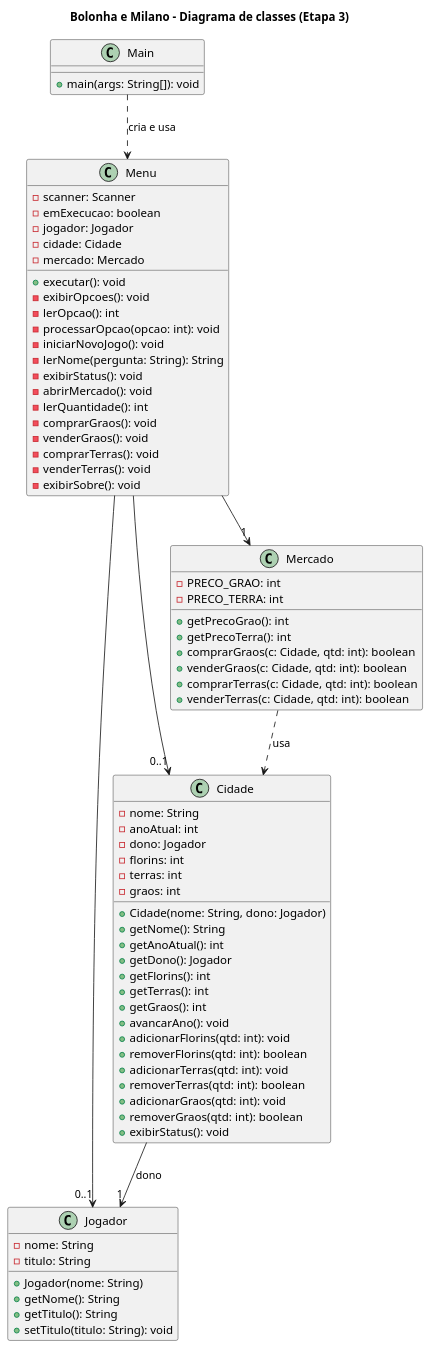
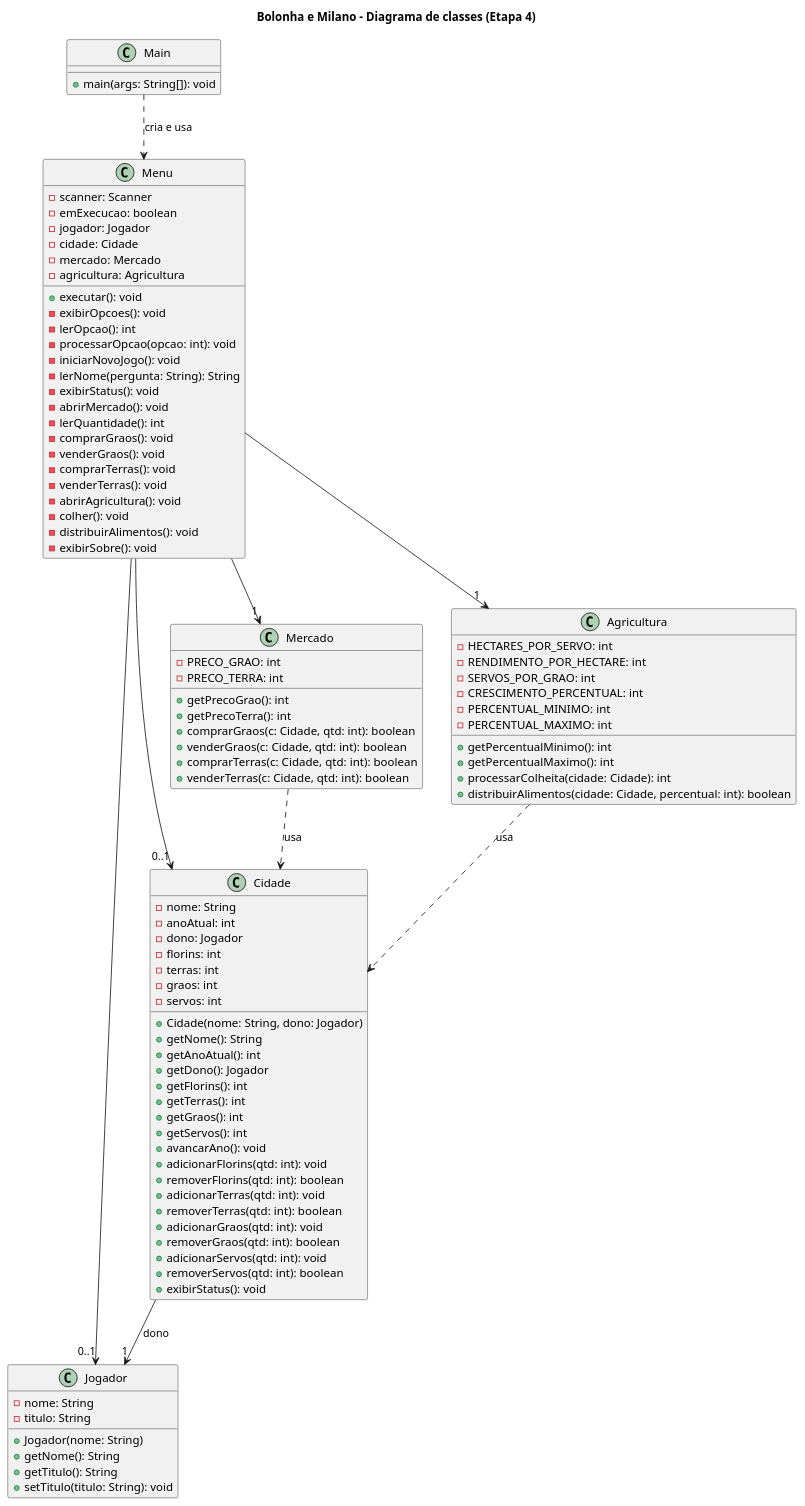
The diagram in diagrama-classes.puml (GabrieldasGracas/bolognaemilano), drawn with PlantUML before and after one commit. The commit also changed 5 other files, not shown here.

```diff
--- a/diagrama-classes.puml
+++ b/diagrama-classes.puml
@@ -1,80 +1,103 @@
 @startuml
-title Bolonha e Milano - Diagrama de classes (Etapa 3)
+title Bolonha e Milano - Diagrama de classes (Etapa 4)
 
 class Main {
   + main(args: String[]): void
 }
 
 class Menu {
   - scanner: Scanner
   - emExecucao: boolean
   - jogador: Jogador
   - cidade: Cidade
   - mercado: Mercado
+  - agricultura: Agricultura
   + executar(): void
   - exibirOpcoes(): void
   - lerOpcao(): int
   - processarOpcao(opcao: int): void
   - iniciarNovoJogo(): void
   - lerNome(pergunta: String): String
   - exibirStatus(): void
   - abrirMercado(): void
   - lerQuantidade(): int
   - comprarGraos(): void
   - venderGraos(): void
   - comprarTerras(): void
   - venderTerras(): void
+  - abrirAgricultura(): void
+  - colher(): void
+  - distribuirAlimentos(): void
   - exibirSobre(): void
 }
 
 class Jogador {
   - nome: String
   - titulo: String
   + Jogador(nome: String)
   + getNome(): String
   + getTitulo(): String
   + setTitulo(titulo: String): void
 }
 
 class Cidade {
   - nome: String
   - anoAtual: int
   - dono: Jogador
   - florins: int
   - terras: int
   - graos: int
+  - servos: int
   + Cidade(nome: String, dono: Jogador)
   + getNome(): String
   + getAnoAtual(): int
   + getDono(): Jogador
   + getFlorins(): int
   + getTerras(): int
   + getGraos(): int
+  + getServos(): int
   + avancarAno(): void
   + adicionarFlorins(qtd: int): void
   + removerFlorins(qtd: int): boolean
   + adicionarTerras(qtd: int): void
   + removerTerras(qtd: int): boolean
   + adicionarGraos(qtd: int): void
   + removerGraos(qtd: int): boolean
+  + adicionarServos(qtd: int): void
+  + removerServos(qtd: int): boolean
   + exibirStatus(): void
 }
 
 class Mercado {
   - PRECO_GRAO: int
   - PRECO_TERRA: int
   + getPrecoGrao(): int
   + getPrecoTerra(): int
   + comprarGraos(c: Cidade, qtd: int): boolean
   + venderGraos(c: Cidade, qtd: int): boolean
   + comprarTerras(c: Cidade, qtd: int): boolean
   + venderTerras(c: Cidade, qtd: int): boolean
 }
 
+class Agricultura {
+  - HECTARES_POR_SERVO: int
+  - RENDIMENTO_POR_HECTARE: int
+  - SERVOS_POR_GRAO: int
+  - CRESCIMENTO_PERCENTUAL: int
+  - PERCENTUAL_MINIMO: int
+  - PERCENTUAL_MAXIMO: int
+  + getPercentualMinimo(): int
+  + getPercentualMaximo(): int
+  + processarColheita(cidade: Cidade): int
+  + distribuirAlimentos(cidade: Cidade, percentual: int): boolean
+}
+
 Main ..> Menu : cria e usa
 Menu --> "0..1" Jogador
 Menu --> "0..1" Cidade
 Menu --> "1" Mercado
+Menu --> "1" Agricultura
 Cidade --> "1" Jogador : dono
 Mercado ..> Cidade : usa
+Agricultura ..> Cidade : usa
 @enduml
```
